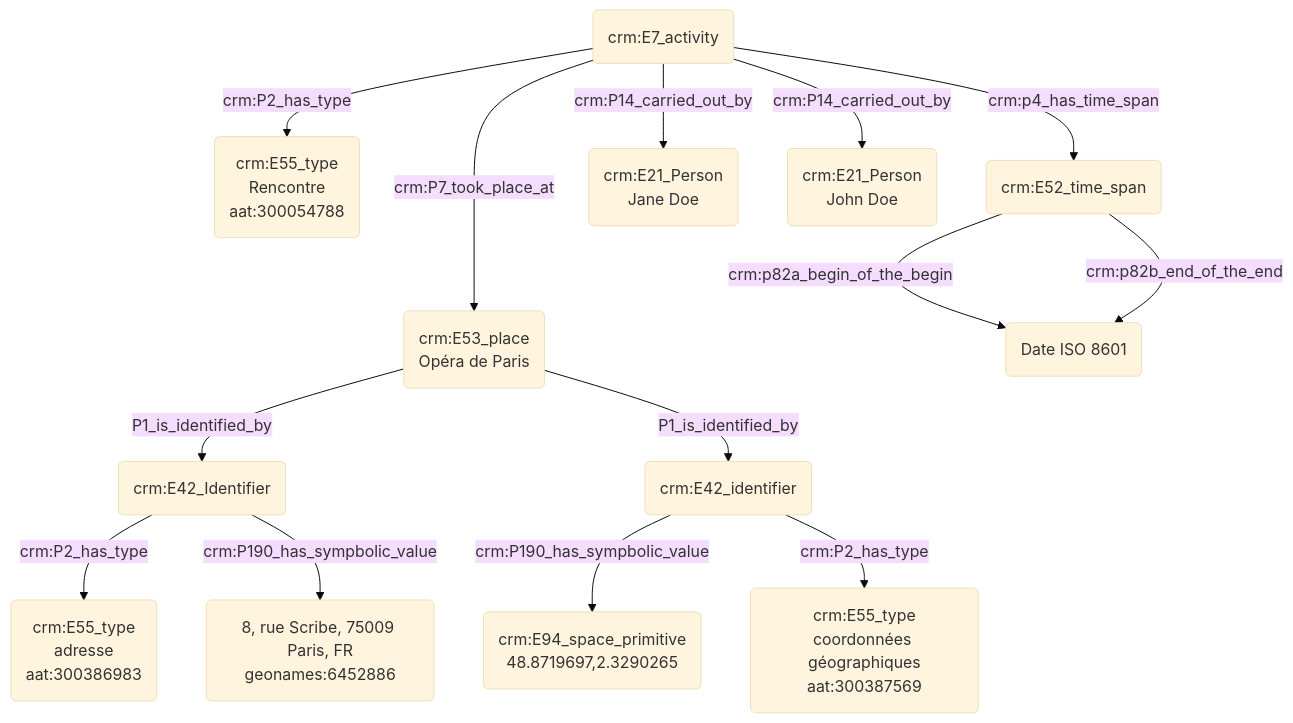
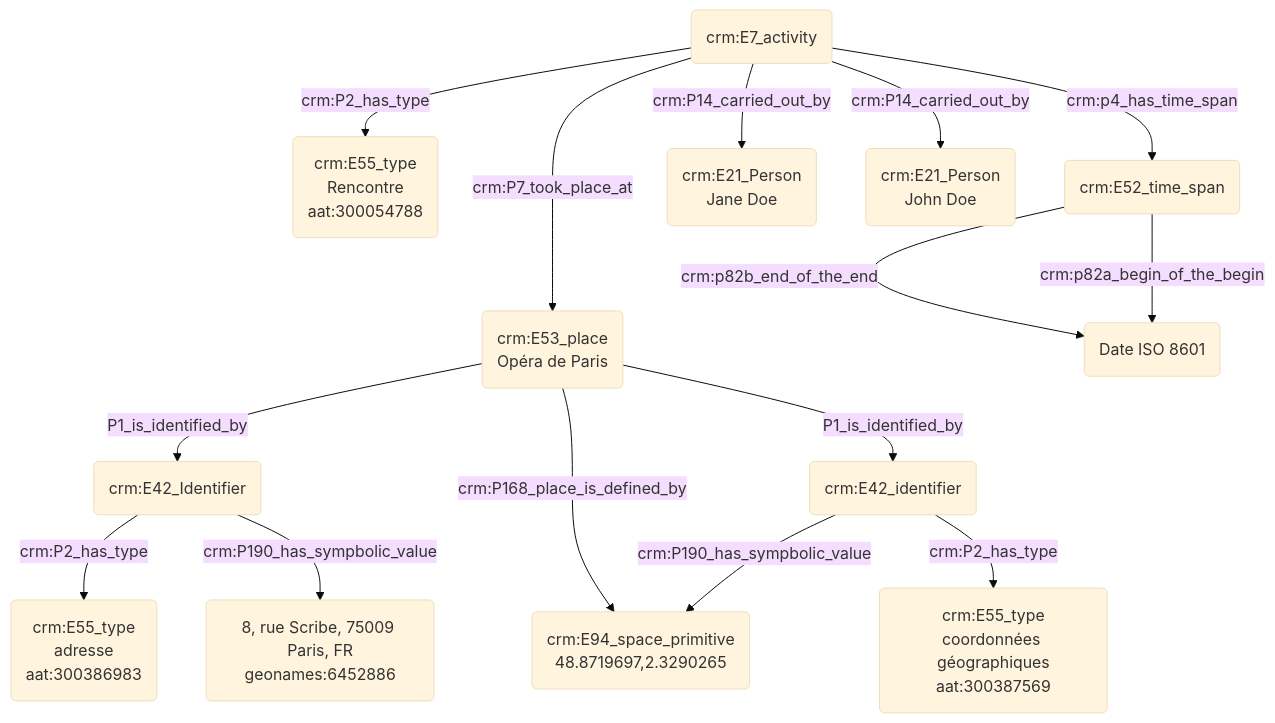
The diagram in modules/livrables/prosopographie/rencontre de quelqu'un dans un lieu fréquenté par les deux personnes.md (Amleth/consortium-musica2-gt2-ontologies), drawn with Mermaid (base theme) before and after one commit.

Commit message:
Update rencontre de quelqu'un dans un lieu fréquenté par les deux personnes.md

````diff
--- a/modules/livrables/prosopographie/rencontre de quelqu'un dans un lieu fréquenté par les deux personnes.md
+++ b/modules/livrables/prosopographie/rencontre de quelqu'un dans un lieu fréquenté par les deux personnes.md
@@ -17,20 +17,21 @@
 ```mermaid
 graph TD;
 
 K(crm:E7_activity<br>rencontre) --->|crm:P7_took_place_at| M(crm:E53_place<br>Opéra de Paris)
 M(crm:E53_place<br>Opéra de Paris) --> |P1_is_identified_by| O(crm:E42_Identifier)
 O(crm:E42_Identifier) --> |crm:P2_has_type| P(crm:E55_type<br>adresse<br>aat:300386983)
 O(crm:E42_Identifier) --> |crm:P190_has_sympbolic_value| Q(8, rue Scribe, 75009 Paris, FR<br>geonames:6452886)
 K(crm:E7_activity<br>recontre) --> |crm:P2_has_type| L(crm:E55_type<br>Rencontre<br>aat:300054788)
 M(crm:E53_place<br>Opéra de Paris) --> |P1_is_identified_by| R(crm:E42_Identifier)
 R(crm:E42_identifier) --> |crm:P190_has_sympbolic_value| S(crm:E94_space_primitive<br>48.8719697,2.3290265)
 R(crm:E42_identifier) --> |crm:P2_has_type| T(crm:E55_type<br>coordonnées géographiques<br>aat:300387569)
+M(crm:E53_place<br>Opéra de Paris) --> |crm:P168_place_is_defined_by| S(crm:E94_space_primitive<br>48.8719697,2.3290265)
  
 K(crm:E7_activity) --> |crm:p4_has_time_span| D(crm:E52_time_span)
 D(crm:E52_time_span) --> |crm:p82a_begin_of_the_begin| E("Date ISO 8601")
 D(crm:E52_time_span) --> |crm:p82b_end_of_the_end| E("Date ISO 8601")
 
 K(crm:E7_activity) -->|crm:P14_carried_out_by| A(crm:E21_Person<br>Jane Doe)
 K(crm:E7_activity) -->|crm:P14_carried_out_by| J(crm:E21_Person<br>John Doe)
 
 ```
````
